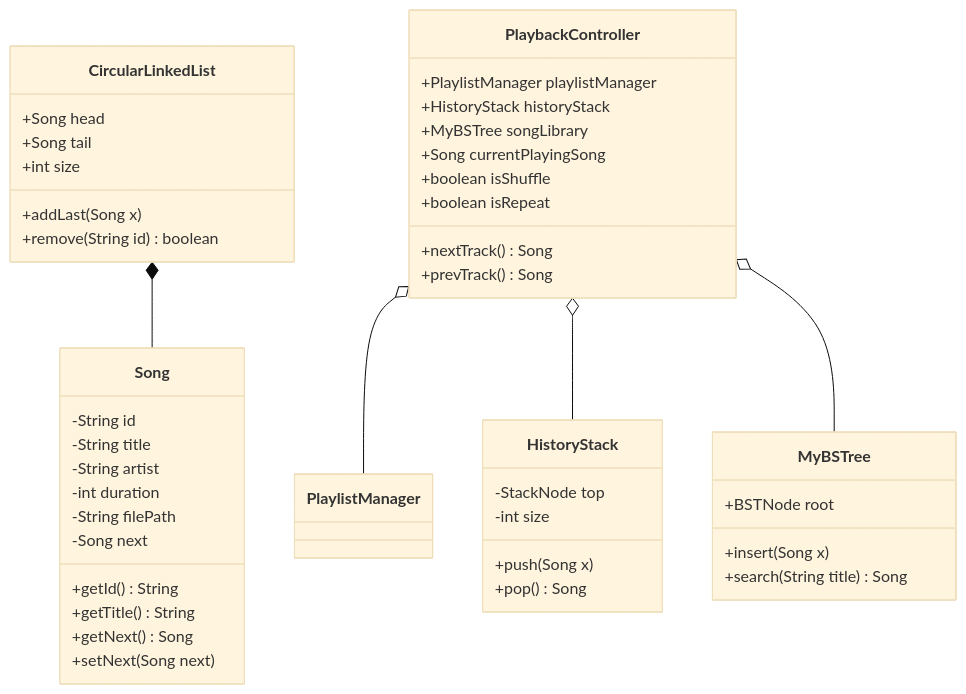
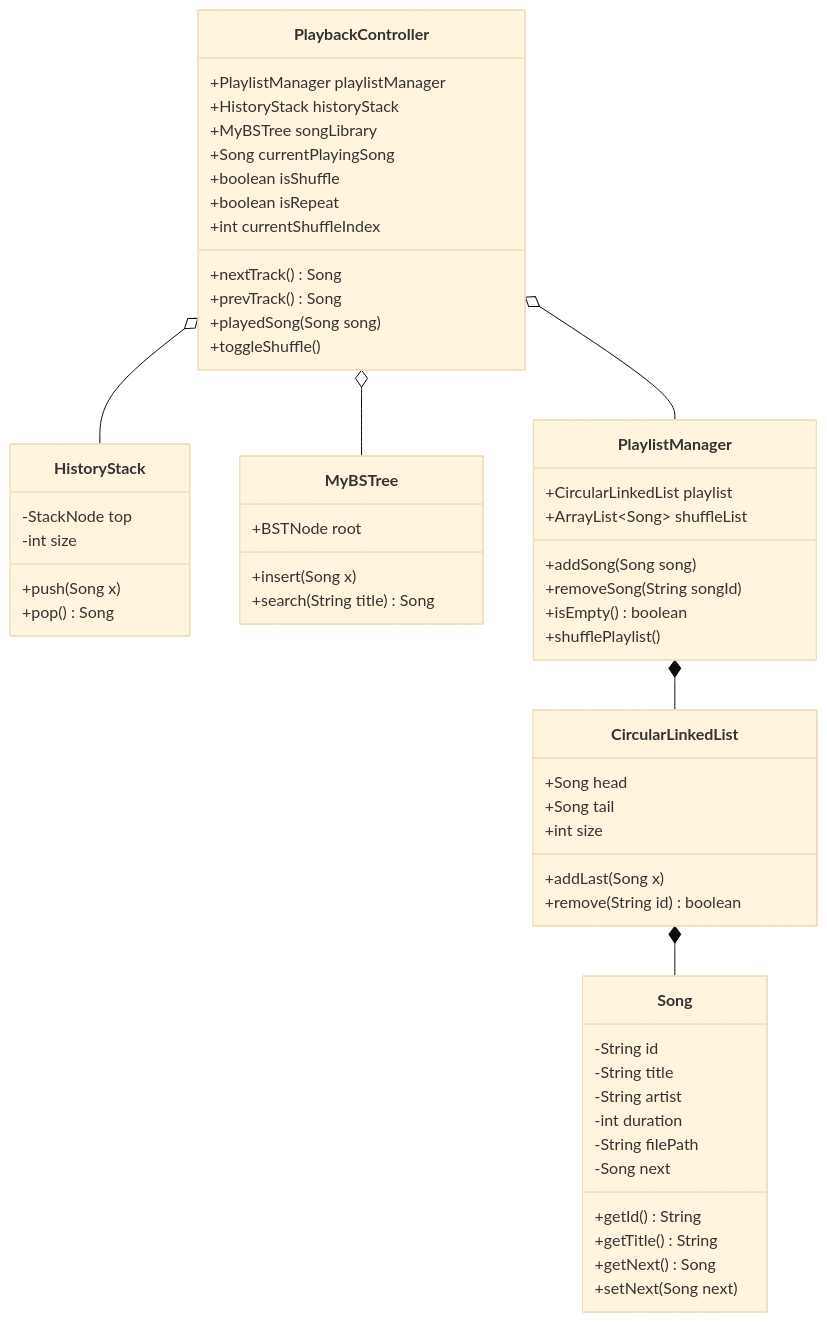
The diagram in Report2_Design.md (AnOwlForWhat/musica-playlist-manager-webapplication), drawn with Mermaid (base theme) before and after one commit. The commit also changed other lines of this file, not shown here.

Commit message:
sua report2design

````diff
--- a/Report2_Design.md
+++ b/Report2_Design.md
@@ -12,52 +12,65 @@
 ```mermaid
 classDiagram
     class Song {
         -String id
         -String title
         -String artist
         -int duration
         -String filePath
         -Song next
         +getId() String
         +getTitle() String
         +getNext() Song
         +setNext(Song next)
     }
 
     class CircularLinkedList {
         +Song head
         +Song tail
         +int size
         +addLast(Song x)
         +remove(String id) boolean
     }
 
     class HistoryStack {
         -StackNode top
         -int size
         +push(Song x)
         +pop() Song
     }
 
     class MyBSTree {
         +BSTNode root
         +insert(Song x)
         +search(String title) Song
     }
 
     class PlaybackController {
         +PlaylistManager playlistManager
         +HistoryStack historyStack
         +MyBSTree songLibrary
         +Song currentPlayingSong
         +boolean isShuffle
         +boolean isRepeat
+        +int currentShuffleIndex
         +nextTrack() Song
         +prevTrack() Song
+        +playedSong(Song song)
+        +toggleShuffle()
+    }
+
+    class PlaylistManager {
+        +CircularLinkedList playlist
+        +ArrayList~Song~ shuffleList
+        +addSong(Song song)
+        +removeSong(String songId)
+        +isEmpty() boolean
+        +shufflePlaylist()
     }
 
     PlaybackController o-- PlaylistManager
     PlaybackController o-- HistoryStack
     PlaybackController o-- MyBSTree
     CircularLinkedList *-- Song
+    PlaylistManager *-- CircularLinkedList
 ```
````
